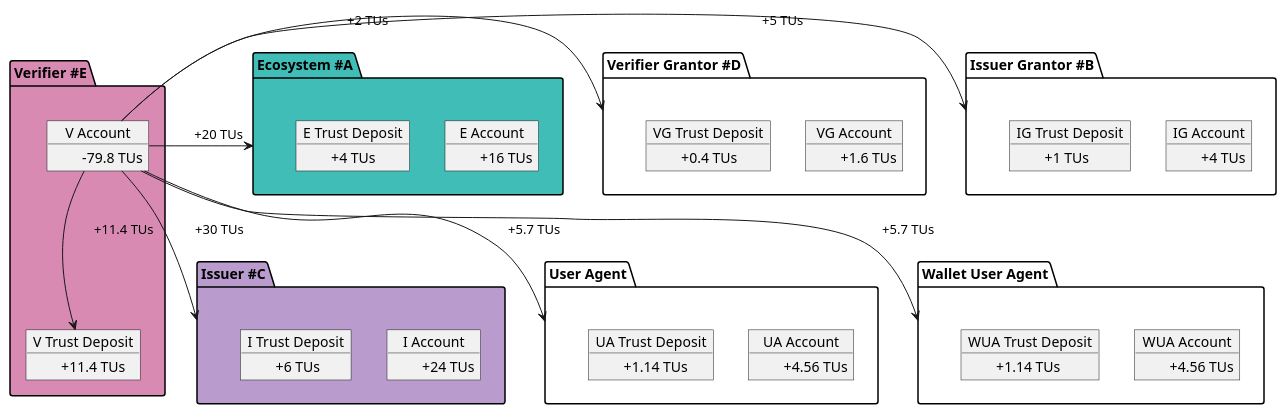
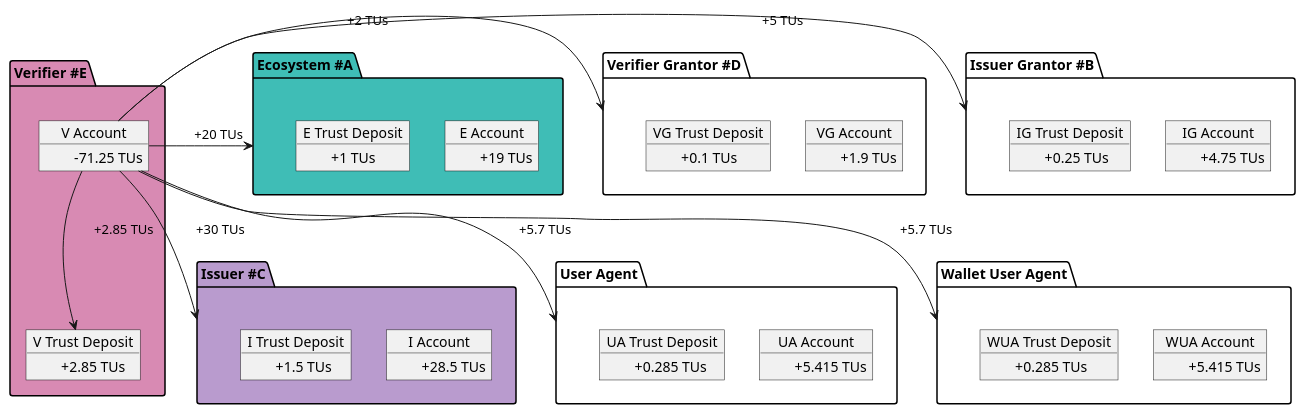
The third of 3 diagrams in docs/learn/verifiable-public-registry/70-credential-monetization.md (verana-labs/verana-docs), drawn with PlantUML before and after one commit. The commit also changed other lines of this file and 7 other files, not shown here.

```diff
--- a/docs/learn/verifiable-public-registry/70-credential-monetization.md
+++ b/docs/learn/verifiable-public-registry/70-credential-monetization.md
@@ -160,63 +160,63 @@
 
 package "Ecosystem #A" as tr #3fbdb6 {
     object "E Account" as tra {
-         \t+16 TUs
+         \t+19 TUs
     }
     object "E Trust Deposit" as trtd {
-         \t+4 TUs
+         \t+1 TUs
     }
 }
 
 package "Issuer Grantor #B" as ig {
     object "IG Account" as iga {
-        \t+4 TUs
+        \t+4.75 TUs
     }
     object "IG Trust Deposit" as igtd {
-        \t+1 TUs
+        \t+0.25 TUs
     }
 }
 package "Issuer #C" as issuer #b99bce {
     object "I Account" as issuera {
-         \t+24 TUs
+         \t+28.5 TUs
     }
     object "I Trust Deposit" as issuertd {
-         \t+6 TUs
+         \t+1.5 TUs
     }
 
 }
 package "Verifier Grantor #D" as vg {
     object "VG Account" as vga {
-        \t+1.6 TUs
+        \t+1.9 TUs
     }
     object "VG Trust Deposit" as vgtd {
-        \t+0.4 TUs
+        \t+0.1 TUs
     }
 
 }
 package "Verifier #E" as verifier #D88AB3 {
     object "V Account" as verifiera {
-        \t-79.8 TUs
+        \t-71.25 TUs
     }
     object "V Trust Deposit" as verifiertd {
-        \t+11.4 TUs
+        \t+2.85 TUs
     }
 
 }
 package "User Agent" as ua {
     object "UA Account" as uaa {
-         \t+4.56 TUs
+         \t+5.415 TUs
     }
     object "UA Trust Deposit" as uatd {
-        \t+1.14 TUs
+        \t+0.285 TUs
     }
 
 }
 package "Wallet User Agent" as wua {
     object "WUA Account" as wuaa {
-         \t+4.56 TUs
+         \t+5.415 TUs
     }
     object "WUA Trust Deposit" as wuatd {
-        \t+1.14 TUs
+        \t+0.285 TUs
     }
 
 }
@@ -234,7 +234,7 @@
 
 verifiera -d-> wua: \t+5.7 TUs
 
-verifiera --> verifiertd:  \t+11.4 TUs
+verifiera --> verifiertd:  \t+2.85 TUs
 
 @enduml
 
```
